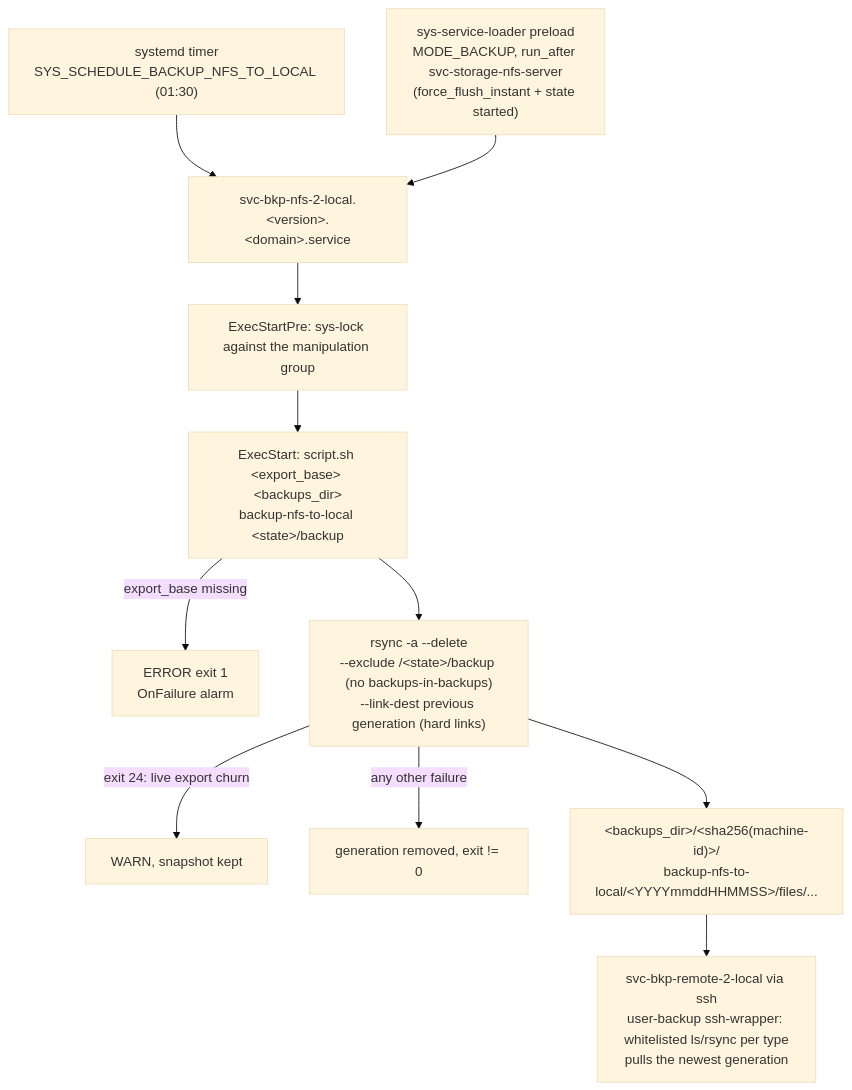
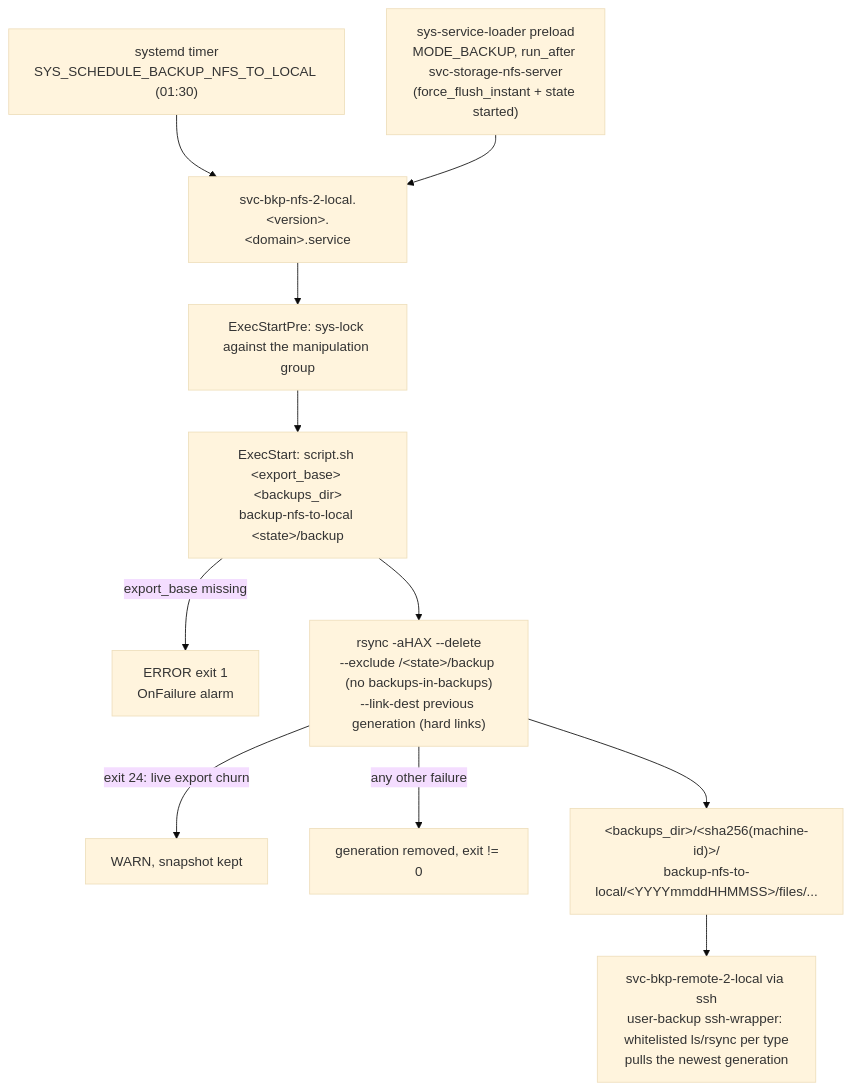
The second of 2 diagrams in roles/svc-bkp-nfs-2-local/README.md (AlejandroRomanIbanez/infinito-nexus), drawn with Mermaid (base theme) before and after one commit. The commit also changed other lines of this file and 16 other files, not shown here.

````diff
--- a/roles/svc-bkp-nfs-2-local/README.md
+++ b/roles/svc-bkp-nfs-2-local/README.md
@@ -40,13 +40,13 @@
 ```mermaid
 flowchart TD
     TIMER["systemd timer<br>SYS_SCHEDULE_BACKUP_NFS_TO_LOCAL (01:30)"] --> UNIT
     PRELOAD["sys-service-loader preload<br>MODE_BACKUP, run_after svc-storage-nfs-server<br>(force_flush_instant + state started)"] --> UNIT
     UNIT["svc-bkp-nfs-2-local.&lt;version&gt;.&lt;domain&gt;.service"] --> LOCK["ExecStartPre: sys-lock against the manipulation group"]
     LOCK --> SCRIPT["ExecStart: script.sh &lt;export_base&gt; &lt;backups_dir&gt;<br>backup-nfs-to-local &lt;state&gt;/backup"]
     SCRIPT -->|export_base missing| ALARM["ERROR exit 1<br>OnFailure alarm"]
-    SCRIPT --> RSYNC["rsync -a --delete<br>--exclude /&lt;state&gt;/backup (no backups-in-backups)<br>--link-dest previous generation (hard links)"]
+    SCRIPT --> RSYNC["rsync -aHAX --delete<br>--exclude /&lt;state&gt;/backup (no backups-in-backups)<br>--link-dest previous generation (hard links)"]
     RSYNC -->|exit 24: live export churn| WARN["WARN, snapshot kept"]
     RSYNC -->|any other failure| CLEAN["generation removed, exit != 0"]
     RSYNC --> TREE["&lt;backups_dir&gt;/&lt;sha256(machine-id)&gt;/<br>backup-nfs-to-local/&lt;YYYYmmddHHMMSS&gt;/files/..."]
     TREE --> PULL["svc-bkp-remote-2-local via ssh<br>user-backup ssh-wrapper: whitelisted ls/rsync per type<br>pulls the newest generation"]
 ```
````
